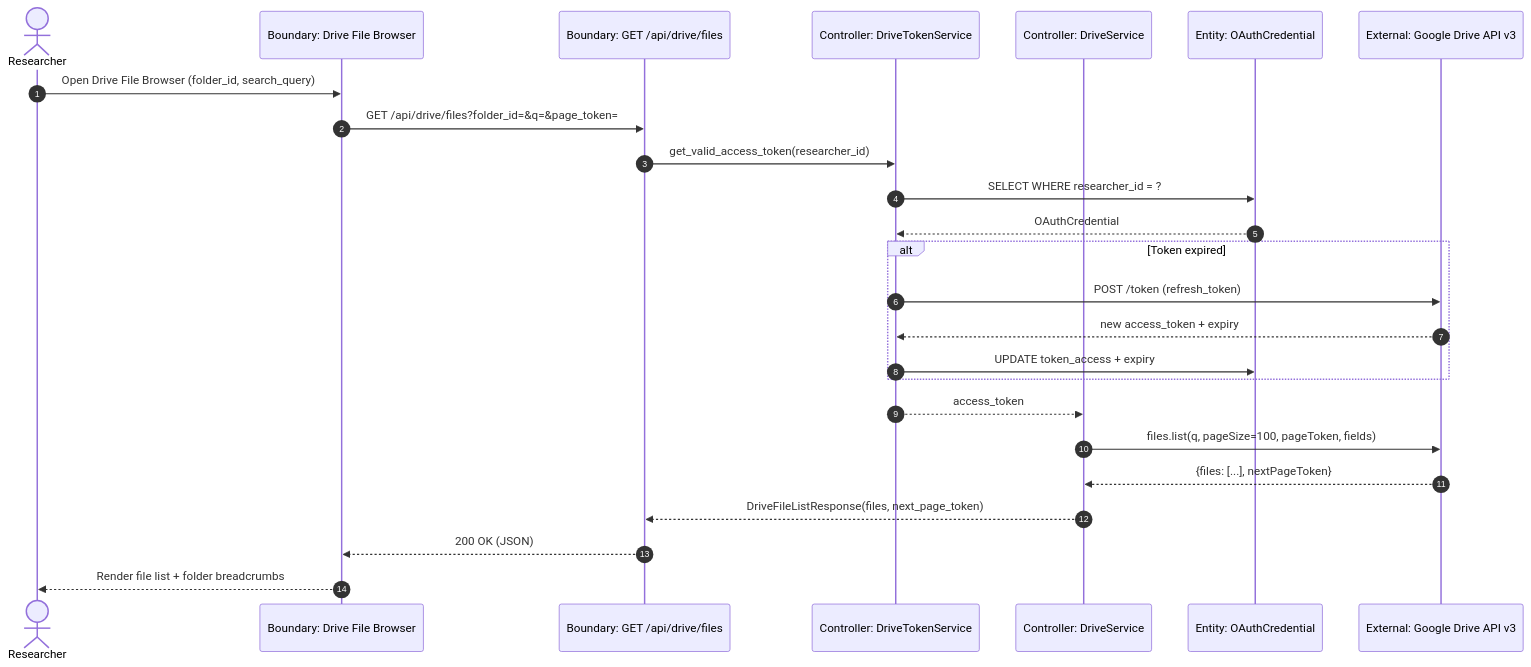
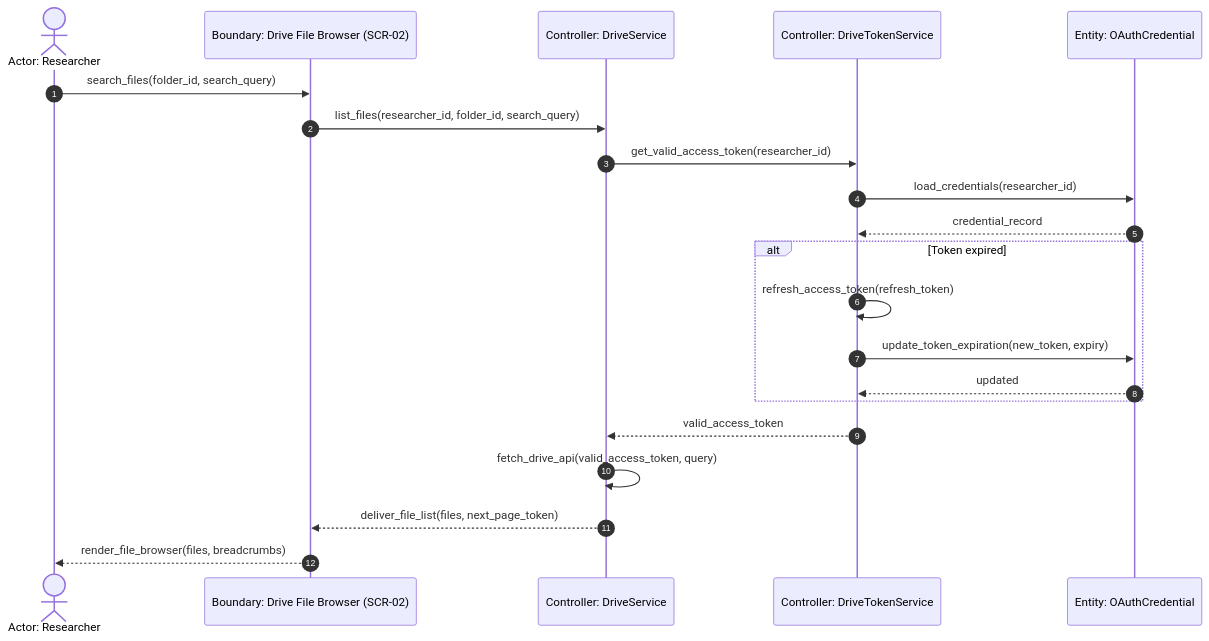
The fourth of 10 diagrams in specs/002-drive-document-import/plan.md (Gzaa19/Telaah), drawn with Mermaid before and after one commit. The commit also changed other lines of this file and 17 other files, not shown here.

````diff
--- a/specs/002-drive-document-import/plan.md
+++ b/specs/002-drive-document-import/plan.md
@@ -208,28 +256,24 @@
 ```mermaid
 sequenceDiagram
     autonumber
-    actor Researcher as Researcher
-    participant Browser as Boundary: Drive File Browser
-    participant DriveRouter as Boundary: GET /api/drive/files
+    actor Researcher as Actor: Researcher
+    participant Browser as Boundary: Drive File Browser (SCR-02)
+    participant DriveSvc as Controller: DriveService
     participant TokenSvc as Controller: DriveTokenService
-    participant DriveSvc as Controller: DriveService
-    participant CredRepo as Entity: OAuthCredential
-    participant DriveAPI as External: Google Drive API v3
+    participant Credential as Entity: OAuthCredential
 
-    Researcher->>Browser: Open Drive File Browser (folder_id, search_query)
-    Browser->>DriveRouter: GET /api/drive/files?folder_id=&q=&page_token=
-    DriveRouter->>TokenSvc: get_valid_access_token(researcher_id)
-    TokenSvc->>CredRepo: SELECT WHERE researcher_id = ?
-    CredRepo-->>TokenSvc: OAuthCredential
+    Researcher->>Browser: search_files(folder_id, search_query)
+    Browser->>DriveSvc: list_files(researcher_id, folder_id, search_query)
+    DriveSvc->>TokenSvc: get_valid_access_token(researcher_id)
+    TokenSvc->>Credential: load_credentials(researcher_id)
+    Credential-->>TokenSvc: credential_record
     alt Token expired
-        TokenSvc->>DriveAPI: POST /token (refresh_token)
-        DriveAPI-->>TokenSvc: new access_token + expiry
-        TokenSvc->>CredRepo: UPDATE token_access + expiry
+        TokenSvc->>TokenSvc: refresh_access_token(refresh_token)
+        TokenSvc->>Credential: update_token_expiration(new_token, expiry)
+        Credential-->>TokenSvc: updated
     end
-    TokenSvc-->>DriveSvc: access_token
-    DriveSvc->>DriveAPI: files.list(q, pageSize=100, pageToken, fields)
-    DriveAPI-->>DriveSvc: {files: [...], nextPageToken}
-    DriveSvc-->>DriveRouter: DriveFileListResponse(files, next_page_token)
-    DriveRouter-->>Browser: 200 OK (JSON)
-    Browser-->>Researcher: Render file list + folder breadcrumbs
+    TokenSvc-->>DriveSvc: valid_access_token
+    DriveSvc->>DriveSvc: fetch_drive_api(valid_access_token, query)
+    DriveSvc-->>Browser: deliver_file_list(files, next_page_token)
+    Browser-->>Researcher: render_file_browser(files, breadcrumbs)
 ```
````
